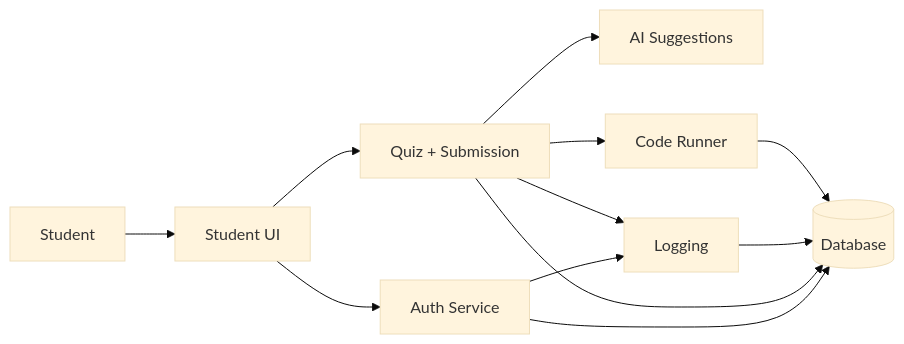
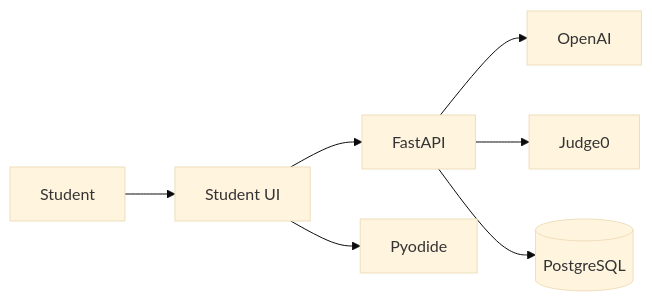
The second of 3 diagrams in documentation/docs/requirements/system-block-diagram.md (Capstone-Projects-2026-spring/project-auto-suggestion-quiz), drawn with Mermaid (base theme) before and after one commit. The commit also changed other lines of this file and 1 other file, not shown here.

````diff
--- a/documentation/docs/requirements/system-block-diagram.md
+++ b/documentation/docs/requirements/system-block-diagram.md
@@ -80,13 +69,9 @@
 ```mermaid
 flowchart LR
     S[Student] --> SUI[Student UI]
-    
-    SUI --> AUTH[Auth Service]
-    SUI --> CORE[Quiz + Submission]
-
-    CORE --> AI[AI Suggestions]
-    CORE --> RUN[Code Runner]
-
-    AUTH & CORE --> LOG[Logging]
-    AUTH & CORE & LOG & RUN --> DB[(Database)]
+    SUI --> API[FastAPI]
+    SUI --> PY[Pyodide]
+    API --> OAI[OpenAI]
+    API --> JUDGE[Judge0]
+    API --> DB[(PostgreSQL)]
 ```
````
